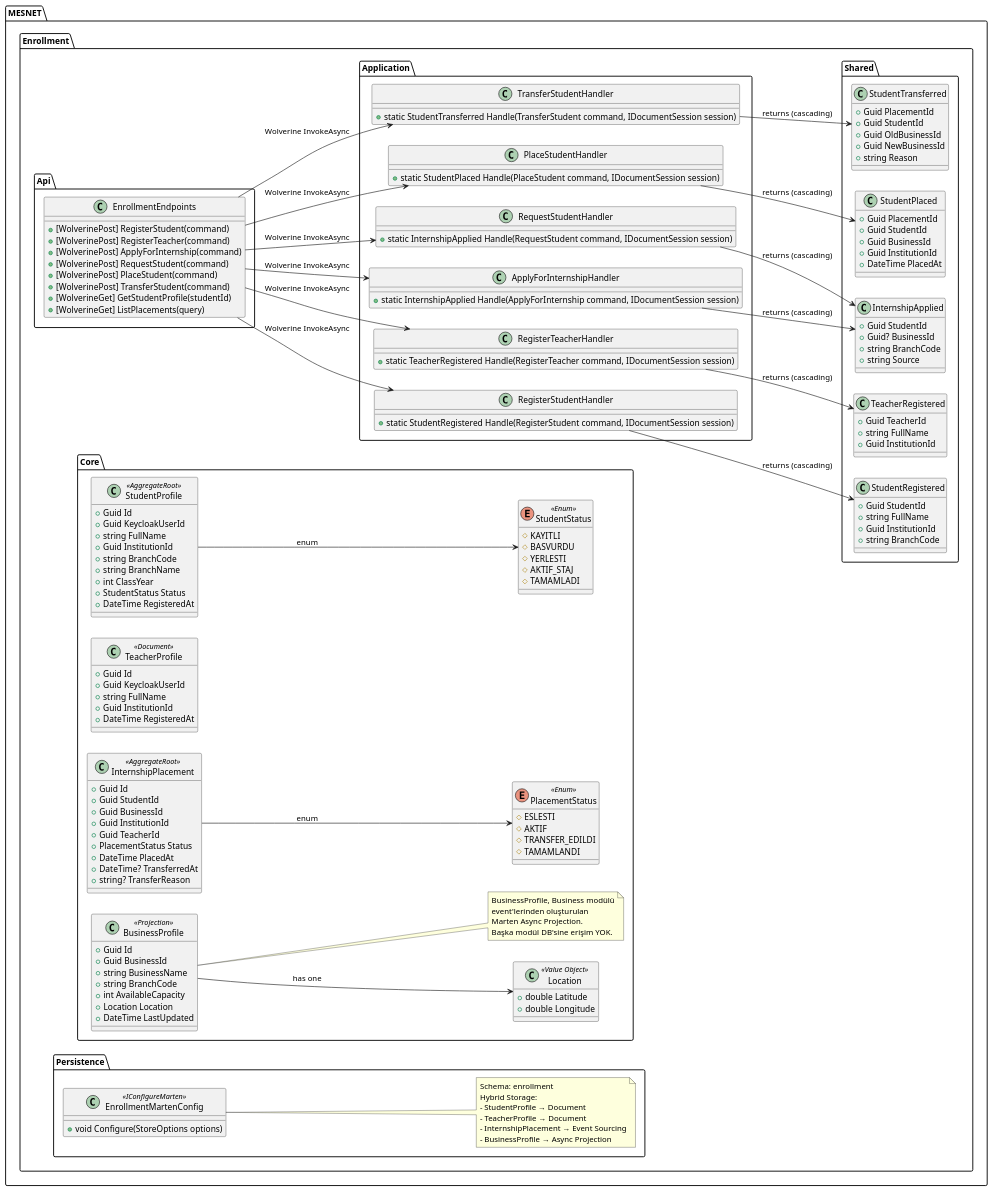
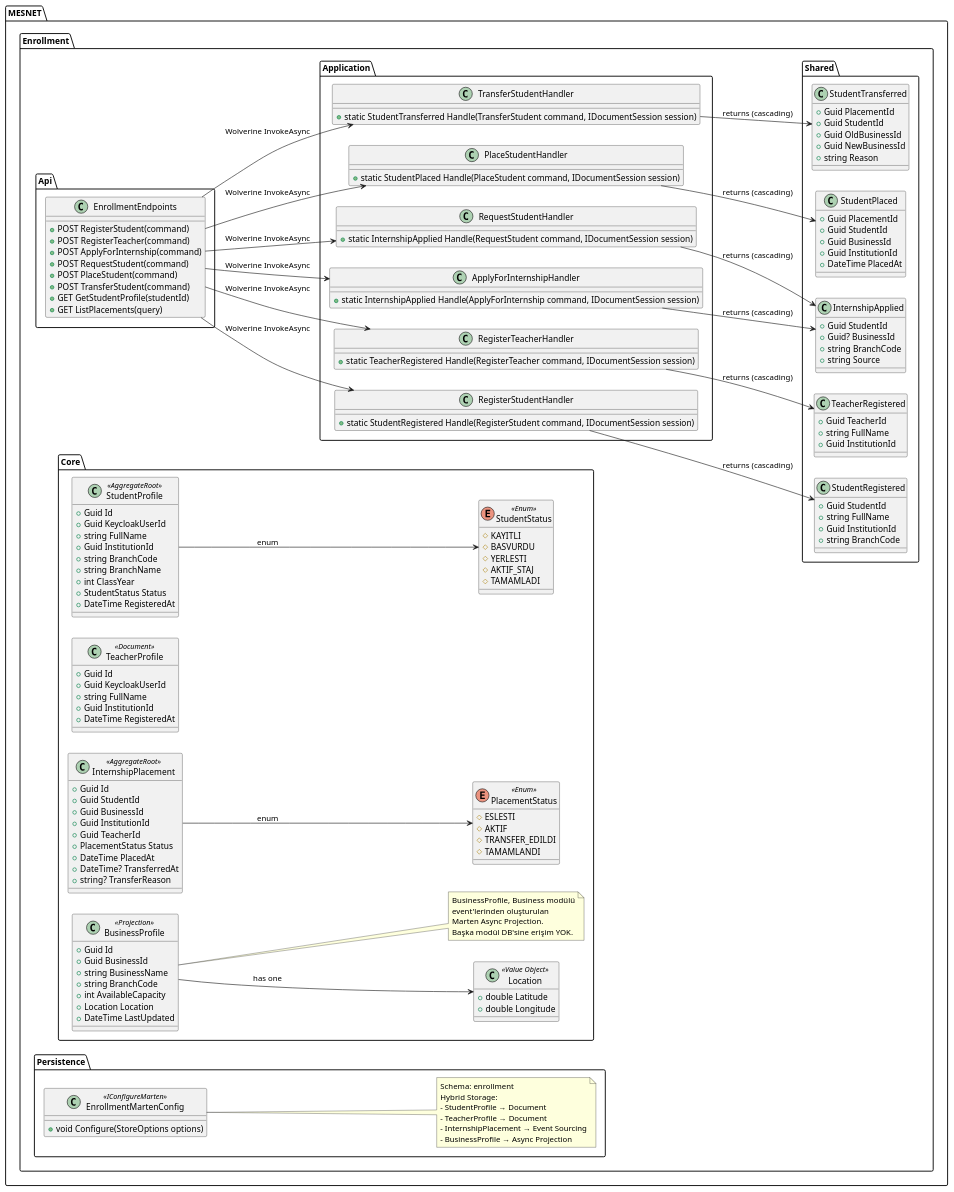
One commit to Ataturk-MTAL/MESNET changed the diagram in src/Docs/static/diagrams/modules/Enrollment/ClassDiagram.puml. Above: the diagram before and after it, drawn with PlantUML. The commit also changed 24 other files, not shown here.

```diff
--- a/src/Docs/static/diagrams/modules/Enrollment/ClassDiagram.puml
+++ b/src/Docs/static/diagrams/modules/Enrollment/ClassDiagram.puml
@@ -1,178 +1,178 @@
 @startuml ClassDiagram
 left to right direction
 
 package "MESNET.Enrollment.Api" {
     class EnrollmentEndpoints {
-        +[WolverinePost] RegisterStudent(command)
-        +[WolverinePost] RegisterTeacher(command)
-        +[WolverinePost] ApplyForInternship(command)
-        +[WolverinePost] RequestStudent(command)
-        +[WolverinePost] PlaceStudent(command)
-        +[WolverinePost] TransferStudent(command)
-        +[WolverineGet] GetStudentProfile(studentId)
-        +[WolverineGet] ListPlacements(query)
+        +POST RegisterStudent(command)
+        +POST RegisterTeacher(command)
+        +POST ApplyForInternship(command)
+        +POST RequestStudent(command)
+        +POST PlaceStudent(command)
+        +POST TransferStudent(command)
+        +GET GetStudentProfile(studentId)
+        +GET ListPlacements(query)
     }
 }
 
 package "MESNET.Enrollment.Application" {
     class RegisterStudentHandler {
         +static StudentRegistered Handle(RegisterStudent command, IDocumentSession session)
     }
 
     class RegisterTeacherHandler {
         +static TeacherRegistered Handle(RegisterTeacher command, IDocumentSession session)
     }
 
     class ApplyForInternshipHandler {
         +static InternshipApplied Handle(ApplyForInternship command, IDocumentSession session)
     }
 
     class RequestStudentHandler {
         +static InternshipApplied Handle(RequestStudent command, IDocumentSession session)
     }
 
     class PlaceStudentHandler {
         +static StudentPlaced Handle(PlaceStudent command, IDocumentSession session)
     }
 
     class TransferStudentHandler {
         +static StudentTransferred Handle(TransferStudent command, IDocumentSession session)
     }
 }
 
 package "MESNET.Enrollment.Core" {
     class StudentProfile <<AggregateRoot>> {
         +Guid Id
         +Guid KeycloakUserId
         +string FullName
         +Guid InstitutionId
         +string BranchCode
         +string BranchName
         +int ClassYear
         +StudentStatus Status
         +DateTime RegisteredAt
     }
 
     class TeacherProfile <<Document>> {
         +Guid Id
         +Guid KeycloakUserId
         +string FullName
         +Guid InstitutionId
         +DateTime RegisteredAt
     }
 
     class InternshipPlacement <<AggregateRoot>> {
         +Guid Id
         +Guid StudentId
         +Guid BusinessId
         +Guid InstitutionId
         +Guid TeacherId
         +PlacementStatus Status
         +DateTime PlacedAt
         +DateTime? TransferredAt
         +string? TransferReason
     }
 
     class BusinessProfile <<Projection>> {
         +Guid Id
         +Guid BusinessId
         +string BusinessName
         +string BranchCode
         +int AvailableCapacity
         +Location Location
         +DateTime LastUpdated
     }
 
     class Location <<Value Object>> {
         +double Latitude
         +double Longitude
     }
 
     enum StudentStatus <<Enum>> {
         #KAYITLI
         #BASVURDU
         #YERLESTI
         #AKTIF_STAJ
         #TAMAMLADI
     }
 
     enum PlacementStatus <<Enum>> {
         #ESLESTI
         #AKTIF
         #TRANSFER_EDILDI
         #TAMAMLANDI
     }
 
     note "BusinessProfile, Business modülü\nevent'lerinden oluşturulan\nMarten Async Projection.\nBaşka modül DB'sine erişim YOK." as ProjectionNote
     BusinessProfile .. ProjectionNote
 }
 
 package "MESNET.Enrollment.Shared" {
     class StudentRegistered {
         +Guid StudentId
         +string FullName
         +Guid InstitutionId
         +string BranchCode
     }
 
     class TeacherRegistered {
         +Guid TeacherId
         +string FullName
         +Guid InstitutionId
     }
 
     class InternshipApplied {
         +Guid StudentId
         +Guid? BusinessId
         +string BranchCode
         +string Source
     }
 
     class StudentPlaced {
         +Guid PlacementId
         +Guid StudentId
         +Guid BusinessId
         +Guid InstitutionId
         +DateTime PlacedAt
     }
 
     class StudentTransferred {
         +Guid PlacementId
         +Guid StudentId
         +Guid OldBusinessId
         +Guid NewBusinessId
         +string Reason
     }
 }
 
 package "MESNET.Enrollment.Persistence" {
     class EnrollmentMartenConfig <<IConfigureMarten>> {
         +void Configure(StoreOptions options)
     }
 
     note "Schema: enrollment\nHybrid Storage:\n- StudentProfile → Document\n- TeacherProfile → Document\n- InternshipPlacement → Event Sourcing\n- BusinessProfile → Async Projection" as PersistenceNote
     EnrollmentMartenConfig .. PersistenceNote
 }
 
 ' Domain Relationships
 StudentProfile --> StudentStatus : enum
 InternshipPlacement --> PlacementStatus : enum
 BusinessProfile --> Location : has one
 
 ' API -> Handler
 EnrollmentEndpoints --> RegisterStudentHandler : Wolverine InvokeAsync
 EnrollmentEndpoints --> RegisterTeacherHandler : Wolverine InvokeAsync
 EnrollmentEndpoints --> ApplyForInternshipHandler : Wolverine InvokeAsync
 EnrollmentEndpoints --> RequestStudentHandler : Wolverine InvokeAsync
 EnrollmentEndpoints --> PlaceStudentHandler : Wolverine InvokeAsync
 EnrollmentEndpoints --> TransferStudentHandler : Wolverine InvokeAsync
 
 ' Handler -> Events (cascading)
 RegisterStudentHandler --> StudentRegistered : returns (cascading)
 RegisterTeacherHandler --> TeacherRegistered : returns (cascading)
 ApplyForInternshipHandler --> InternshipApplied : returns (cascading)
 RequestStudentHandler --> InternshipApplied : returns (cascading)
 PlaceStudentHandler --> StudentPlaced : returns (cascading)
 TransferStudentHandler --> StudentTransferred : returns (cascading)
 
 @enduml
```
